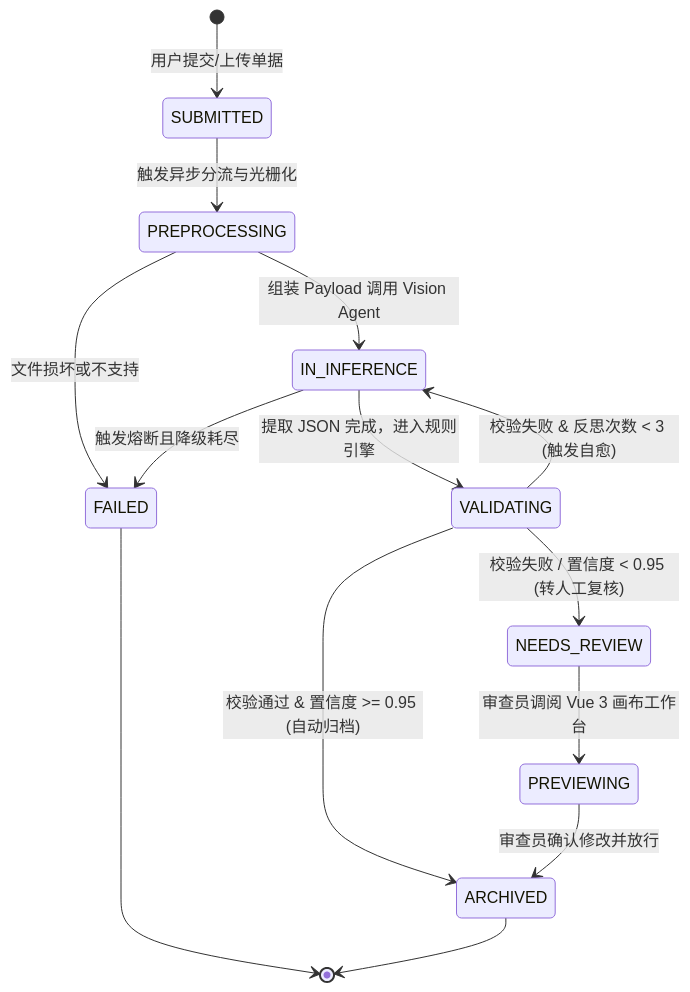
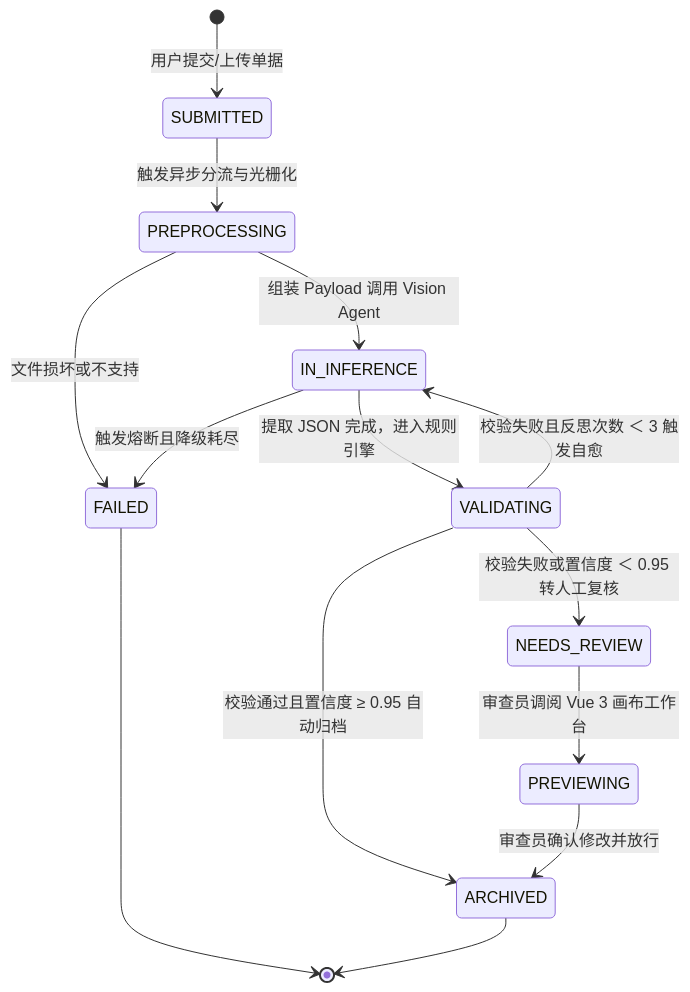
Before and after one commit to xyfu66/BlogWeb: the fourth of 4 diagrams in source/blog-web/src/posts/series/enterprise-ai-ocr/enterprise-ai-ocr-part-1-architecture-java21.md, drawn with Mermaid. The commit also changed other lines of this file and 4 other files, not shown here.

Commit message:
fix: cursor中图表渲染问题

````diff
--- a/source/blog-web/src/posts/series/enterprise-ai-ocr/enterprise-ai-ocr-part-1-architecture-java21.md
+++ b/source/blog-web/src/posts/series/enterprise-ai-ocr/enterprise-ai-ocr-part-1-architecture-java21.md
@@ -193,19 +211,19 @@
 ```mermaid
 stateDiagram-v2
     [*] --> SUBMITTED : 用户提交/上传单据
     SUBMITTED --> PREPROCESSING : 触发异步分流与光栅化
     PREPROCESSING --> IN_INFERENCE : 组装 Payload 调用 Vision Agent
     IN_INFERENCE --> VALIDATING : 提取 JSON 完成，进入规则引擎
     
-    VALIDATING --> ARCHIVED : 校验通过 & 置信度 >= 0.95 (自动归档)
-    VALIDATING --> IN_INFERENCE : 校验失败 & 反思次数 < 3 (触发自愈)
-    VALIDATING --> NEEDS_REVIEW : 校验失败 / 置信度 < 0.95 (转人工复核)
+    VALIDATING --> ARCHIVED : 校验通过且置信度 ≥ 0.95 自动归档
+    VALIDATING --> IN_INFERENCE : 校验失败且反思次数 ＜ 3 触发自愈
+    VALIDATING --> NEEDS_REVIEW : 校验失败或置信度 ＜ 0.95 转人工复核
     
     NEEDS_REVIEW --> PREVIEWING : 审查员调阅 Vue 3 画布工作台
     PREVIEWING --> ARCHIVED : 审查员确认修改并放行
     
     PREPROCESSING --> FAILED : 文件损坏或不支持
     IN_INFERENCE --> FAILED : 触发熔断且降级耗尽
     FAILED --> [*]
     ARCHIVED --> [*]
 ```
````
